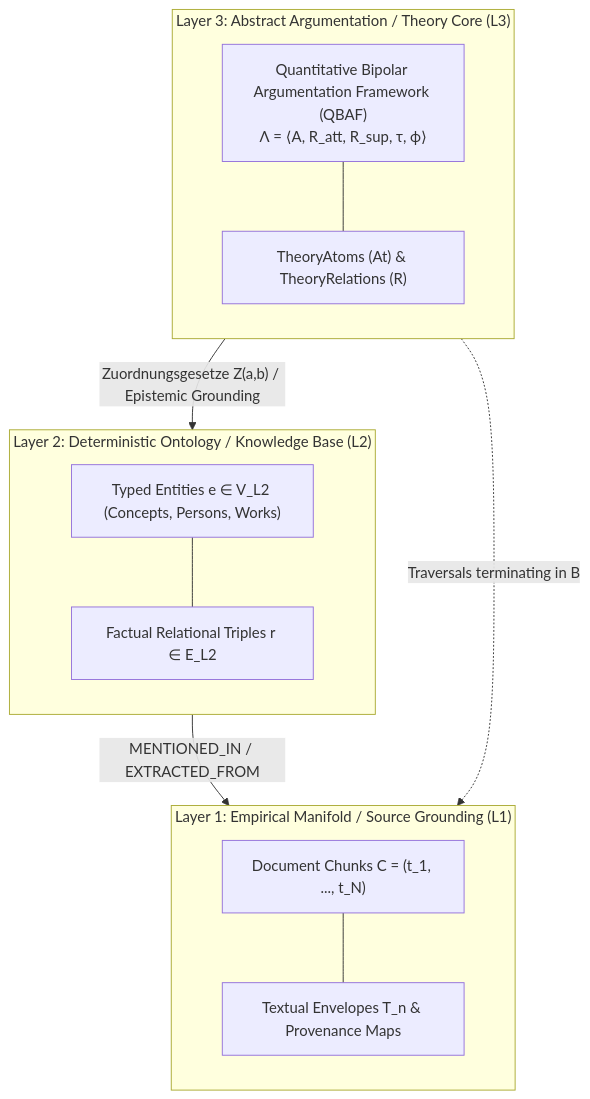
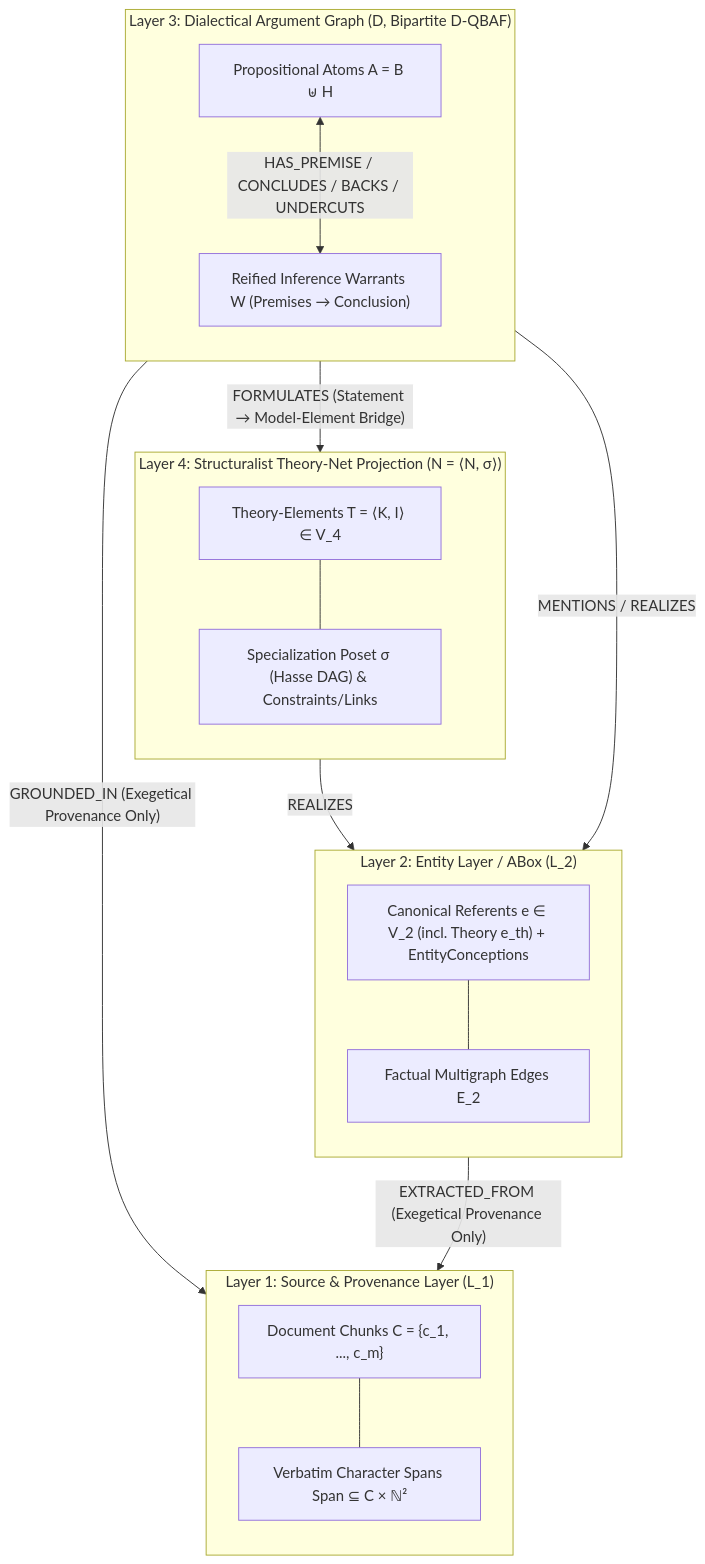
One commit to maxoem/EpistemeX changed the diagram in docs/concepts/formal_graph_model.md. Above: the diagram before and after it, drawn with Mermaid. The commit also changed other lines of this file and 78 other files, not shown here.

````diff
--- a/docs/concepts/formal_graph_model.md
+++ b/docs/concepts/formal_graph_model.md
@@ -59,27 +37,36 @@
 ```mermaid
 flowchart TD
-    subgraph L3 ["Layer 3: Abstract Argumentation / Theory Core (L3)"]
+    subgraph L4 ["Layer 4: Structuralist Theory-Net Projection (N = ⟨N, σ⟩)"]
         direction TB
-        QBAF["Quantitative Bipolar Argumentation Framework (QBAF)<br/>Λ = ⟨A, R_att, R_sup, τ, ϕ⟩"]
-        ATOMS["TheoryAtoms (At) & TheoryRelations (R)"]
-        QBAF --- ATOMS
+        TE["Theory-Elements T = ⟨K, I⟩ ∈ V_4"]
+        SPEC["Specialization Poset σ (Hasse DAG) & Constraints/Links"]
+        TE --- SPEC
     end
 
-    subgraph L2 ["Layer 2: Deterministic Ontology / Knowledge Base (L2)"]
+    subgraph L3 ["Layer 3: Dialectical Argument Graph (D, Bipartite D-QBAF)"]
         direction TB
-        ENT["Typed Entities e ∈ V_L2 (Concepts, Persons, Works)"]
-        TRIPLES["Factual Relational Triples r ∈ E_L2"]
+        ATOMS["Propositional Atoms A = B ⊎ H"]
+        WARRANTS["Reified Inference Warrants W (Premises → Conclusion)"]
+        ATOMS <-->|" HAS_PREMISE / CONCLUDES / BACKS / UNDERCUTS "| WARRANTS
+    end
+
+    subgraph L2 ["Layer 2: Entity Layer / ABox (L_2)"]
+        direction TB
+        ENT["Canonical Referents e ∈ V_2 (incl. Theory e_th) + EntityConceptions"]
+        TRIPLES["Factual Multigraph Edges E_2"]
         ENT --- TRIPLES
     end
 
-    subgraph L1 ["Layer 1: Empirical Manifold / Source Grounding (L1)"]
+    subgraph L1 ["Layer 1: Source & Provenance Layer (L_1)"]
         direction TB
-        CHUNKS["Document Chunks C = (t_1, ..., t_N)"]
-        PROV["Textual Envelopes T_n & Provenance Maps"]
-        CHUNKS --- PROV
+        CHUNKS["Document Chunks C = {c_1, ..., c_m}"]
+        SPANS["Verbatim Character Spans Span ⊆ C × ℕ²"]
+        CHUNKS --- SPANS
     end
 
-    L2 -->|" MENTIONED_IN / EXTRACTED_FROM "| L1
-    L3 -->|" Zuordnungsgesetze Z(a,b) / Epistemic Grounding "| L2
-    L3 -.->|" Traversals terminating in B "| L1
+    L3 -->|" FORMULATES (Statement → Model-Element Bridge) "| L4
+    L4 -->|" REALIZES "| L2
+    L3 -->|" MENTIONS / REALIZES "| L2
+    L3 -->|" GROUNDED_IN (Exegetical Provenance Only) "| L1
+    L2 -->|" EXTRACTED_FROM (Exegetical Provenance Only) "| L1
 ```
````
